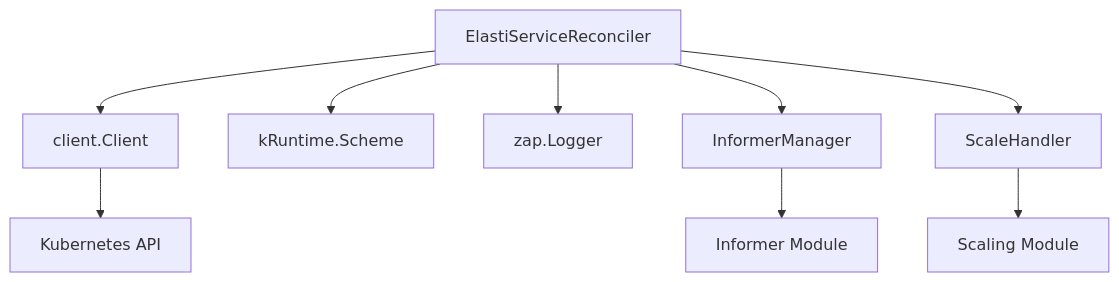
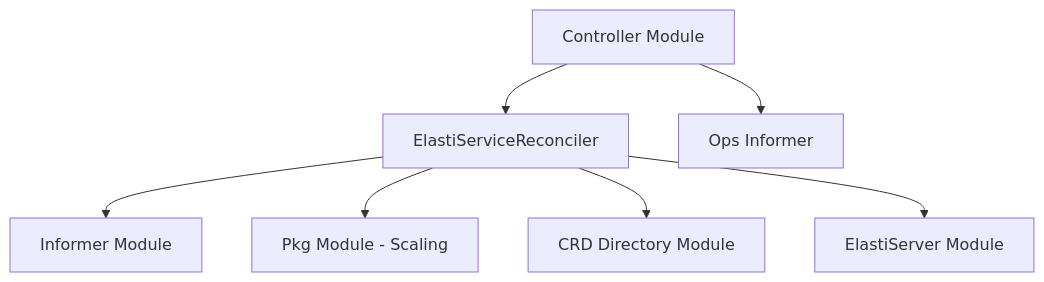
The diagram in demo/repos/KubeElasti/controller.md (ShreyasPatel031/CodeWiki), drawn with Mermaid before and after one commit. The commit also changed other lines of this file and 55 other files, not shown here.

````diff
--- a/demo/repos/KubeElasti/controller.md
+++ b/demo/repos/KubeElasti/controller.md
@@ -33,15 +9,24 @@
 ```mermaid
 graph TD
-    A[ElastiServiceReconciler] --> B[client.Client]
-    A --> C[kRuntime.Scheme]
-    A --> D[zap.Logger]
-    A --> E[InformerManager]
-    A --> F[ScaleHandler]
+    controller[Controller Module]
+    elastiservice_controller[ElastiServiceReconciler]
+    ops_informer[Ops Informer]
+    informer[Informer Module]
+    pkg[Pkg Module - Scaling]
+    crddirectory[CRD Directory Module]
+    elastiserver[ElastiServer Module]
 
-    E[InformerManager] --> informer_module[Informer Module]
-    F[ScaleHandler] --> scaling_module[Scaling Module]
-    B[client.Client] --> k8s_api[Kubernetes API]
+    controller --> elastiservice_controller
+    controller --> ops_informer
+    elastiservice_controller --> informer
+    elastiservice_controller --> pkg
+    elastiservice_controller --> crddirectory
+    elastiservice_controller --> elastiserver
 
-    click informer_module "informer.md" "View Informer Module Documentation"
-    click scaling_module "scaling.md" "View Scaling Module Documentation"
+    click elastiservice_controller "elastiservice_controller.md" "View ElastiService Reconciler Documentation"
+    click ops_informer "ops_informer.md" "View Ops Informer Documentation"
+    click informer "informer.md" "View Informer Module Documentation"
+    click pkg "pkg.md" "View Pkg Module Documentation"
+    click crddirectory "crddirectory.md" "View CRD Directory Module Documentation"
+    click elastiserver "elastiserver.md" "View ElastiServer Module Documentation"
 ```
````
